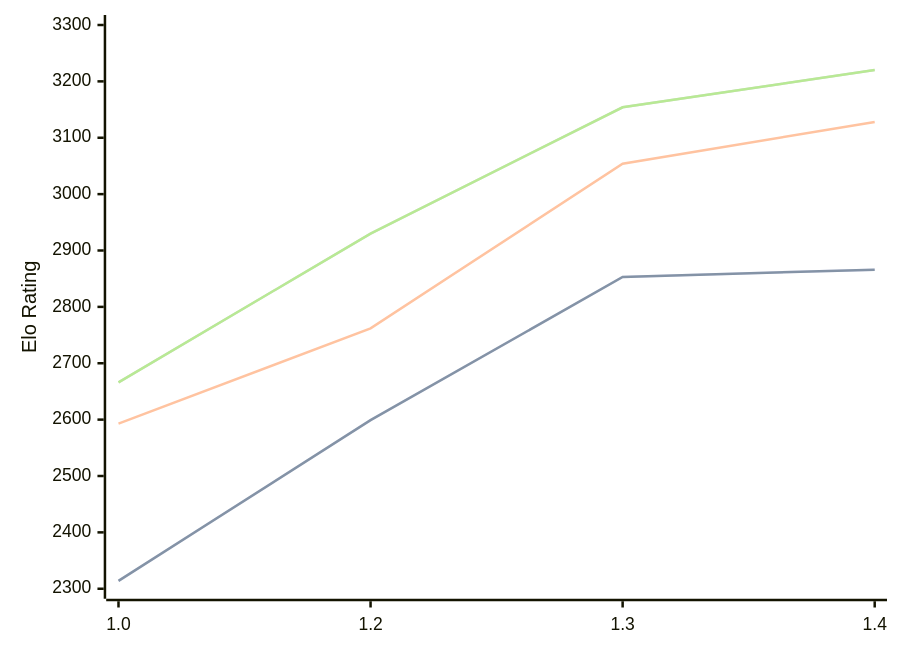
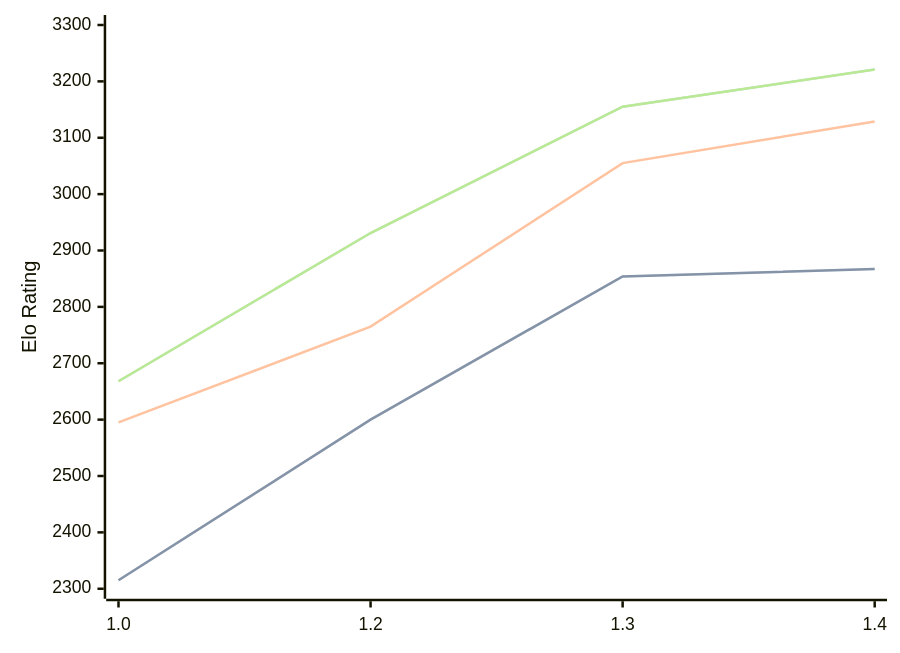
Before and after one commit to computer-chess-index/cci: the diagram in engines/Chessnix.md, drawn with Mermaid. The commit also changed other lines of this file, not shown here.

Commit message:
Update CCI Ratings (ELO VLTC) - 2026-08-09

````diff
--- a/engines/Chessnix.md
+++ b/engines/Chessnix.md
@@ -34,11 +34,11 @@
 ```mermaid
 %%{init: {"theme":"base","themeVariables":{"seriesColors:['#a3a3a3','#222221','#faa371']}}}%%
 xychart-beta
   x-axis ["1.0", "1.2", "1.3", "1.4"]
   y-axis "Elo Rating" 2300 --> 3300
-  line "STC (8.0+0.08s)" [2314, 2599, 2853, 2866]
-  line "STC (8.0+0.08s)" [2314, 2599, 2853, 2866]
-  line "LTC (60.0+0.60s)" [2593, 2762, 3054, 3128]
-  line "VLTC (2m24s+1.12s)" [2666, 2930, 3154, 3220]
-  line "VLTC (2m24s+1.12s)" [2666, 2930, 3154, 3220]
+  line "STC (8.0+0.08s)" [2315, 2600, 2854, 2867]
+  line "STC (8.0+0.08s)" [2315, 2600, 2854, 2867]
+  line "LTC (60.0+0.60s)" [2595, 2765, 3055, 3129]
+  line "VLTC (2m24s+1.12s)" [2668, 2931, 3155, 3221]
+  line "VLTC (2m24s+1.12s)" [2668, 2931, 3155, 3221]
 ```
````
